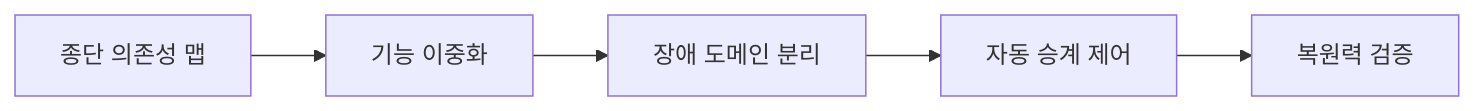
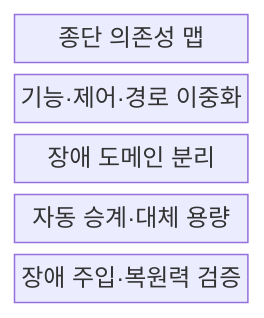
Before and after one commit to agnusdei1207/knowledge-base: the first of 2 diagrams in src/content/docs/notes/06-evaluation/018_spof_elimination.md, drawn with Mermaid. The commit also changed other lines of this file and 6 other files, not shown here.

````diff
--- a/src/content/docs/notes/06-evaluation/018_spof_elimination.md
+++ b/src/content/docs/notes/06-evaluation/018_spof_elimination.md
@@ -60,7 +62,9 @@
 ```mermaid
-flowchart LR
-    A[종단 의존성 맵] --> B[기능 이중화]
-    B --> C[장애 도메인 분리]
-    C --> D[자동 승계 제어]
-    D --> E[복원력 검증]
+block-beta
+  columns 1
+  A["종단 의존성 맵"]
+  B["기능·제어·경로 이중화"]
+  C["장애 도메인 분리"]
+  D["자동 승계·대체 용량"]
+  E["장애 주입·복원력 검증"]
 ```
````
